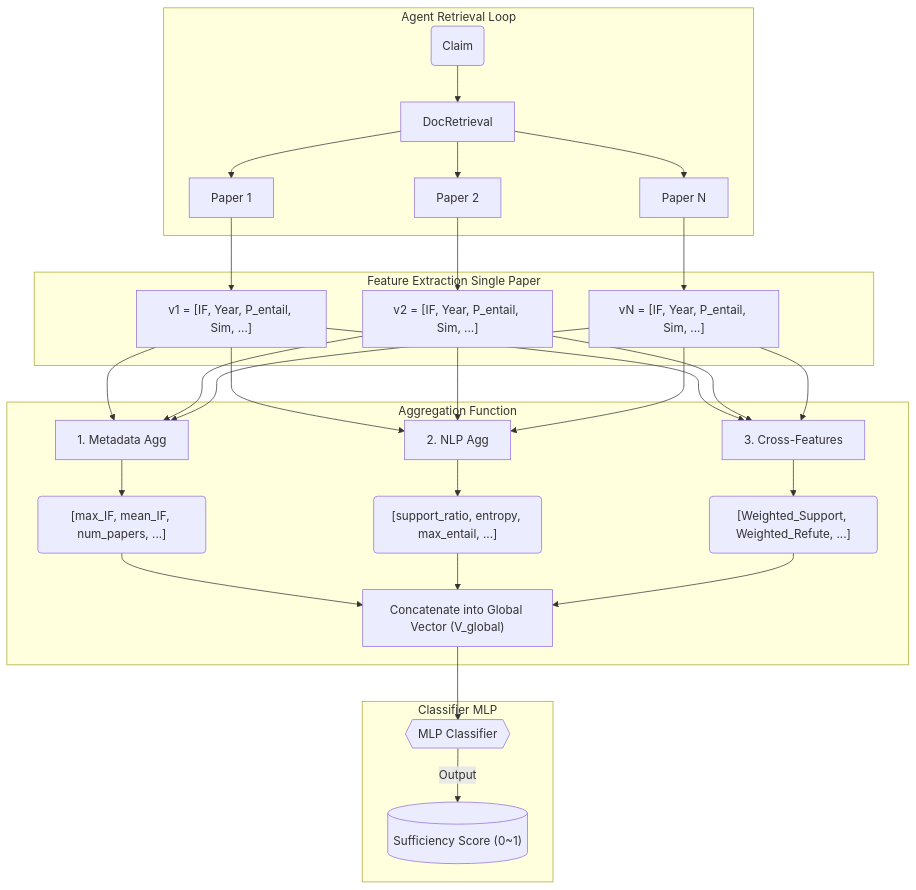
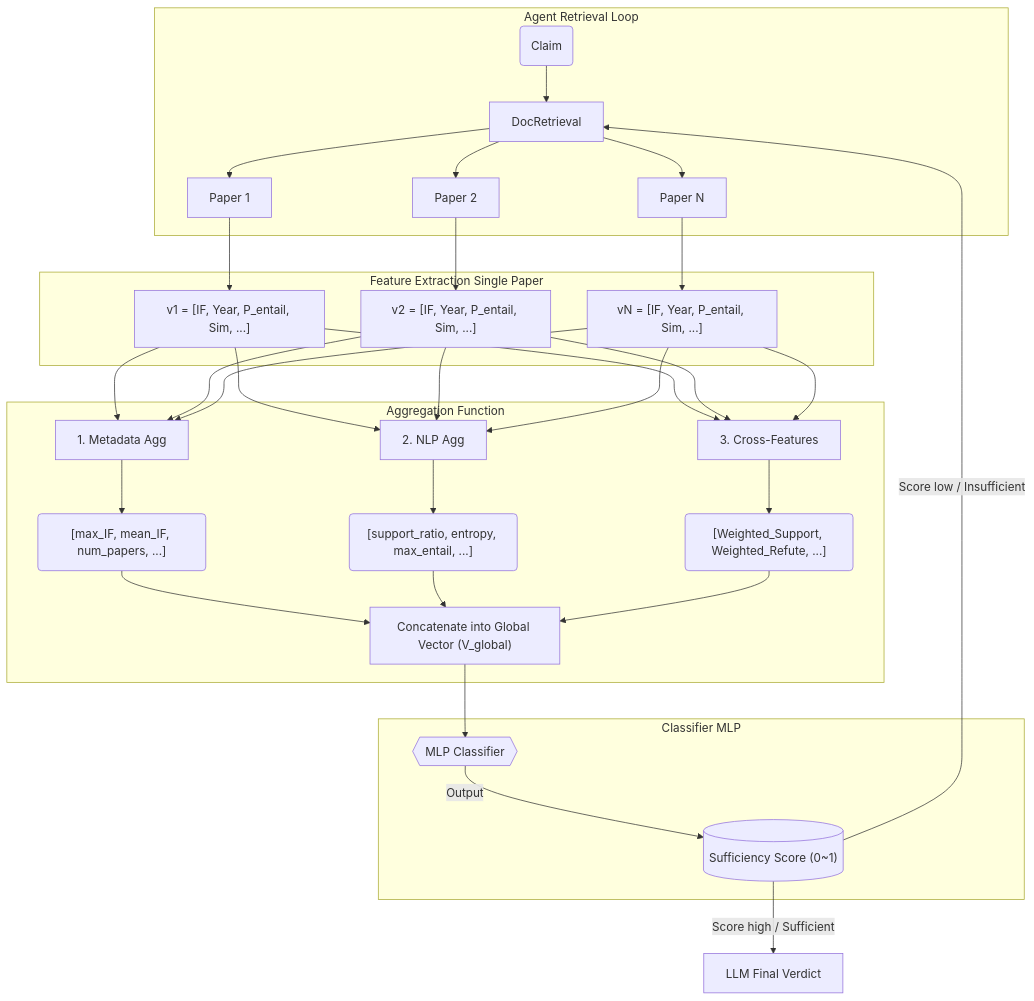
One commit to saezlab/ProClaim changed the diagram in doc/classifier_plan.md. Above: the diagram before and after it, drawn with Mermaid. The commit also changed other lines of this file and 15 other files, not shown here.

````diff
--- a/doc/classifier_plan.md
+++ b/doc/classifier_plan.md
@@ -70,32 +79,35 @@
 ```mermaid
 graph TD
     subgraph Agent Retrieval Loop
         C(Claim) --> DocRetrieval
         DocRetrieval --> P1[Paper 1]
         DocRetrieval --> P2[Paper 2]
         DocRetrieval --> PN[Paper N]
     end
 
     subgraph Feature Extraction Single Paper
         P1 --> v1["v1 = [IF, Year, P_entail, Sim, ...]"]
         P2 --> v2["v2 = [IF, Year, P_entail, Sim, ...]"]
         PN --> vn["vN = [IF, Year, P_entail, Sim, ...]"]
     end
 
     subgraph Aggregation Function
         v1 & v2 & vn --> MetaAgg["1. Metadata Agg"]
         v1 & v2 & vn --> NLPAgg["2. NLP Agg"]
         v1 & v2 & vn --> CrossAgg["3. Cross-Features"]
         
         MetaAgg --> V_meta("[max_IF, mean_IF, num_papers, ...]")
         NLPAgg --> V_nlp("[support_ratio, entropy, max_entail, ...]")
         CrossAgg --> V_cross("[Weighted_Support, Weighted_Refute, ...]")
         
         V_meta & V_nlp & V_cross --> Concat["Concatenate into Global Vector (V_global)"]
     end
 
     subgraph Classifier MLP
         Concat --> MLP{{"MLP Classifier"}}
         MLP -->|Output| SuffScore[("Sufficiency Score (0~1)")]
     end
+
+    SuffScore -->|Score low / Insufficient| DocRetrieval
+    SuffScore -->|Score high / Sufficient| FinalVerdict[LLM Final Verdict]
 ```
````
